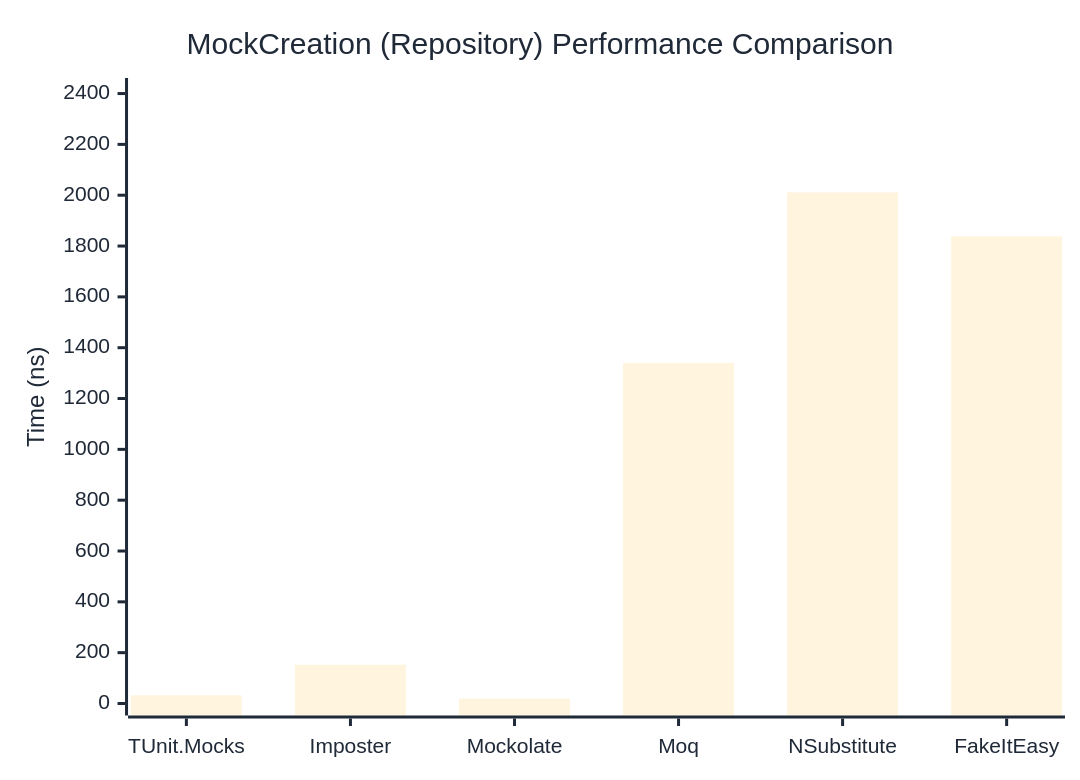
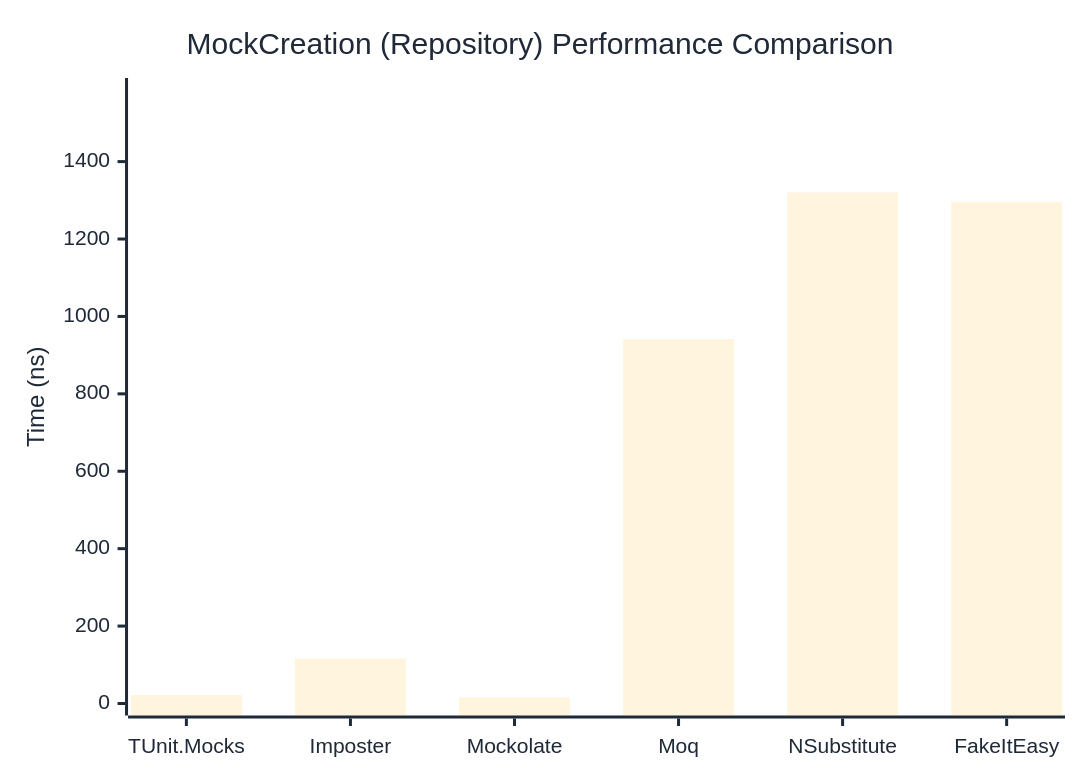
Before and after one commit to thomhurst/TUnit: the second of 2 diagrams in docs/docs/benchmarks/mocks/MockCreation.md, drawn with Mermaid. The commit also changed other lines of this file and 14 other files, not shown here.

````diff
--- a/docs/docs/benchmarks/mocks/MockCreation.md
+++ b/docs/docs/benchmarks/mocks/MockCreation.md
@@ -71,27 +71,27 @@
 ```mermaid
 %%{init: {
   'theme':'base',
   'themeVariables': {
     'primaryColor': '#2563eb',
     'primaryTextColor': '#1f2937',
     'primaryBorderColor': '#1e40af',
     'lineColor': '#6b7280',
     'secondaryColor': '#7c3aed',
     'tertiaryColor': '#dc2626',
     'background': '#ffffff',
     'pie1': '#2563eb',
     'pie2': '#7c3aed',
     'pie3': '#dc2626',
     'pie4': '#f59e0b',
     'pie5': '#10b981',
     'pie6': '#06b6d4',
     'pie7': '#ec4899',
     'pie8': '#6366f1'
   }
 }}%%
 xychart-beta
   title "MockCreation (Repository) Performance Comparison"
   x-axis ["TUnit.Mocks", "Imposter", "Mockolate", "Moq", "NSubstitute", "FakeItEasy"]
-  y-axis "Time (ns)" 0 --> 2414
-  bar [32.22, 152.6, 19.23, 1340.21, 2011.38, 1838.05]
+  y-axis "Time (ns)" 0 --> 1585
+  bar [22.11, 116.24, 15.61, 941.66, 1320.29, 1296.39]
 ```
````
